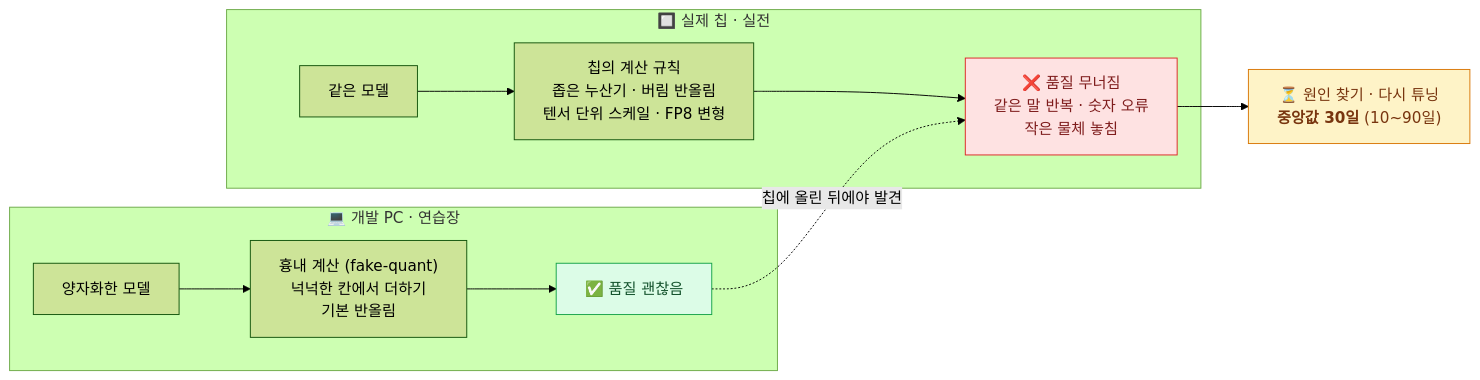
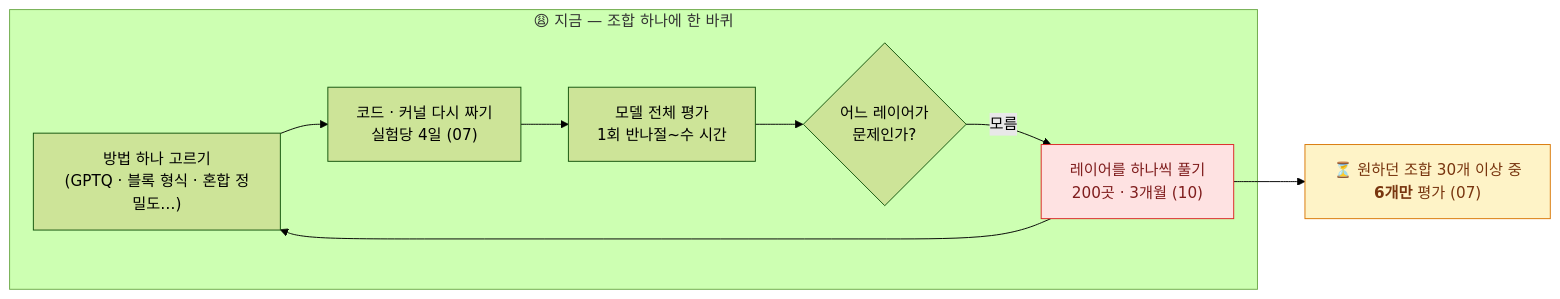
The first of 5 diagrams in docs/PROBLEM.md (Youngmin17/TriCast), drawn with Mermaid (forest theme) before and after one commit. The commit also changed other lines of this file and 7 other files, not shown here.

````diff
--- a/docs/PROBLEM.md
+++ b/docs/PROBLEM.md
@@ -28,14 +34,12 @@
 ```mermaid
 flowchart LR
-    subgraph PC["💻 개발 PC · 연습장"]
-      a["양자화한 모델"] --> b["흉내 계산 (fake-quant)<br/>넉넉한 칸에서 더하기<br/>기본 반올림"] --> c["✅ 품질 괜찮음"]
+    subgraph NOW["😩 지금 — 조합 하나에 한 바퀴"]
+      a["방법 하나 고르기<br/>(GPTQ · 블록 형식 · 혼합 정밀도…)"] --> b["코드 · 커널 다시 짜기<br/>실험당 4일 (07)"] --> c["모델 전체 평가<br/>1회 반나절~수 시간"]
+      c --> d{"어느 레이어가<br/>문제인가?"}
+      d -- "모름" --> e["레이어를 하나씩 풀기<br/>200곳 · 3개월 (10)"]
+      e --> a
     end
-    subgraph CHIP["🔲 실제 칩 · 실전"]
-      d["같은 모델"] --> e["칩의 계산 규칙<br/>좁은 누산기 · 버림 반올림<br/>텐서 단위 스케일 · FP8 변형"] --> f["❌ 품질 무너짐<br/>같은 말 반복 · 숫자 오류<br/>작은 물체 놓침"]
-    end
-    c -. "칩에 올린 뒤에야 발견" .-> f
-    f --> g["⏳ 원인 찾기 · 다시 튜닝<br/><b>중앙값 30일</b> (10~90일)"]
-    style f fill:#fee2e2,stroke:#dc2626,color:#7f1d1d
-    style g fill:#fef3c7,stroke:#d97706,color:#78350f
-    style c fill:#dcfce7,stroke:#16a34a,color:#14532d
+    e --> f["⏳ 원하던 조합 30개 이상 중<br/><b>6개만</b> 평가 (07)"]
+    style f fill:#fef3c7,stroke:#d97706,color:#78350f
+    style e fill:#fee2e2,stroke:#dc2626,color:#7f1d1d
 ```
````
